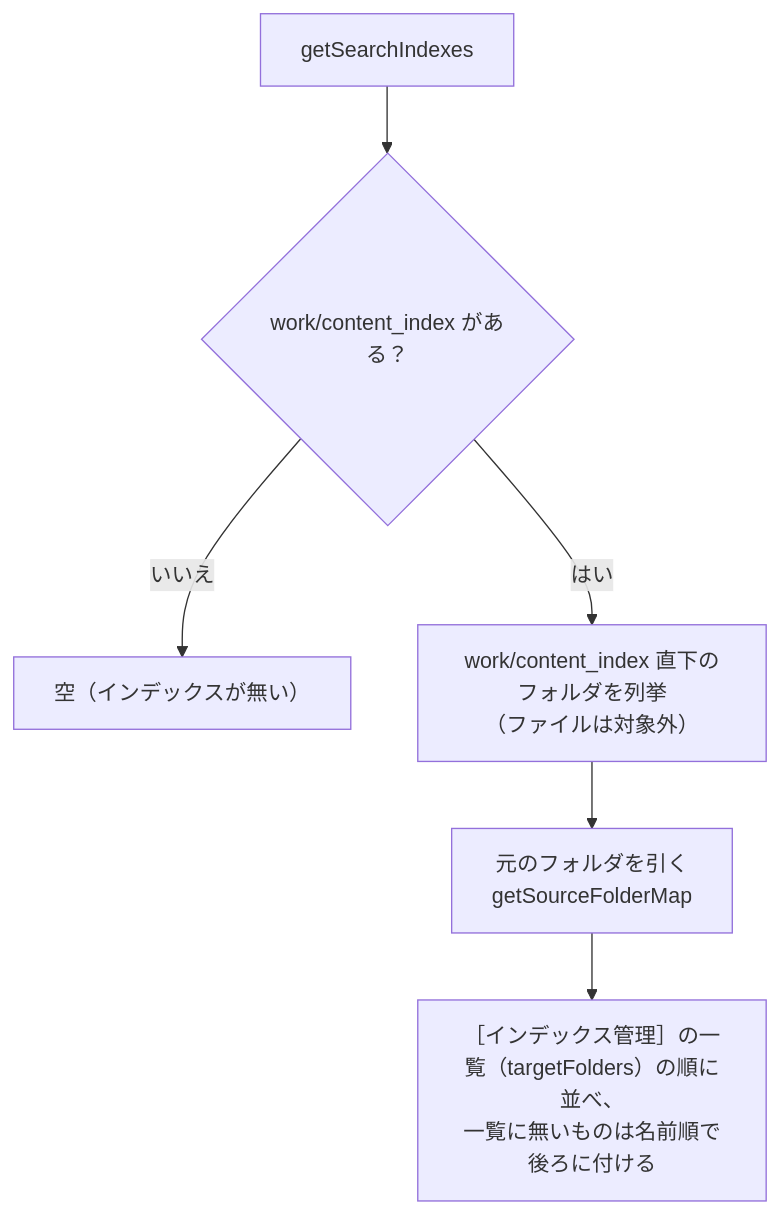
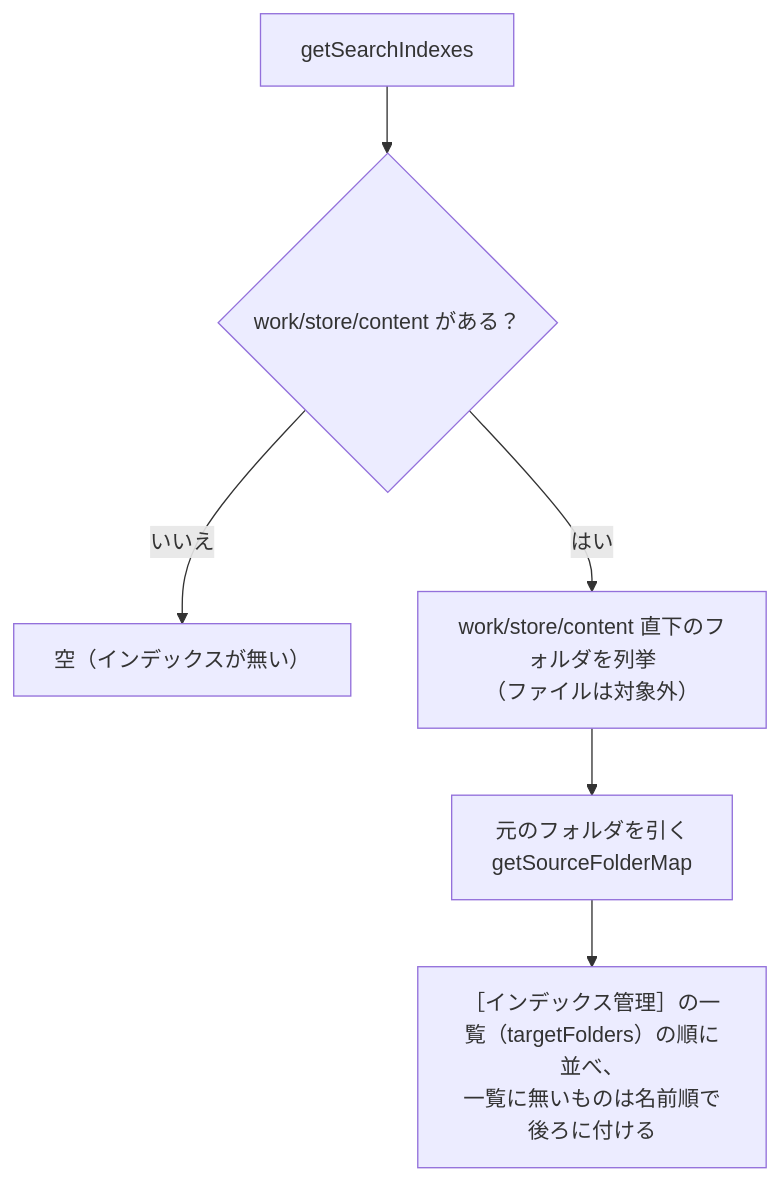
One commit to hsgwa/tebunko changed the first of 2 diagrams in docs/design/search/index.md. Above: the diagram before and after it, drawn with Mermaid. The commit also changed other lines of this file and 118 other files, not shown here.

````diff
--- a/docs/design/search/index.md
+++ b/docs/design/search/index.md
@@ -31,8 +31,8 @@
 ```mermaid
 flowchart TD
-    A["getSearchIndexes"] --> B{"work/content_index がある？"}
+    A["getSearchIndexes"] --> B{"work/store/content がある？"}
     B -- いいえ --> Z["空（インデックスが無い）"]
-    B -- はい --> C["work/content_index 直下のフォルダを列挙<br>（ファイルは対象外）"]
+    B -- はい --> C["work/store/content 直下のフォルダを列挙<br>（ファイルは対象外）"]
     C --> D["元のフォルダを引く<br>getSourceFolderMap"]
     D --> E["［インデックス管理］の一覧（targetFolders）の順に並べ、<br>一覧に無いものは名前順で後ろに付ける"]
 ```
````
